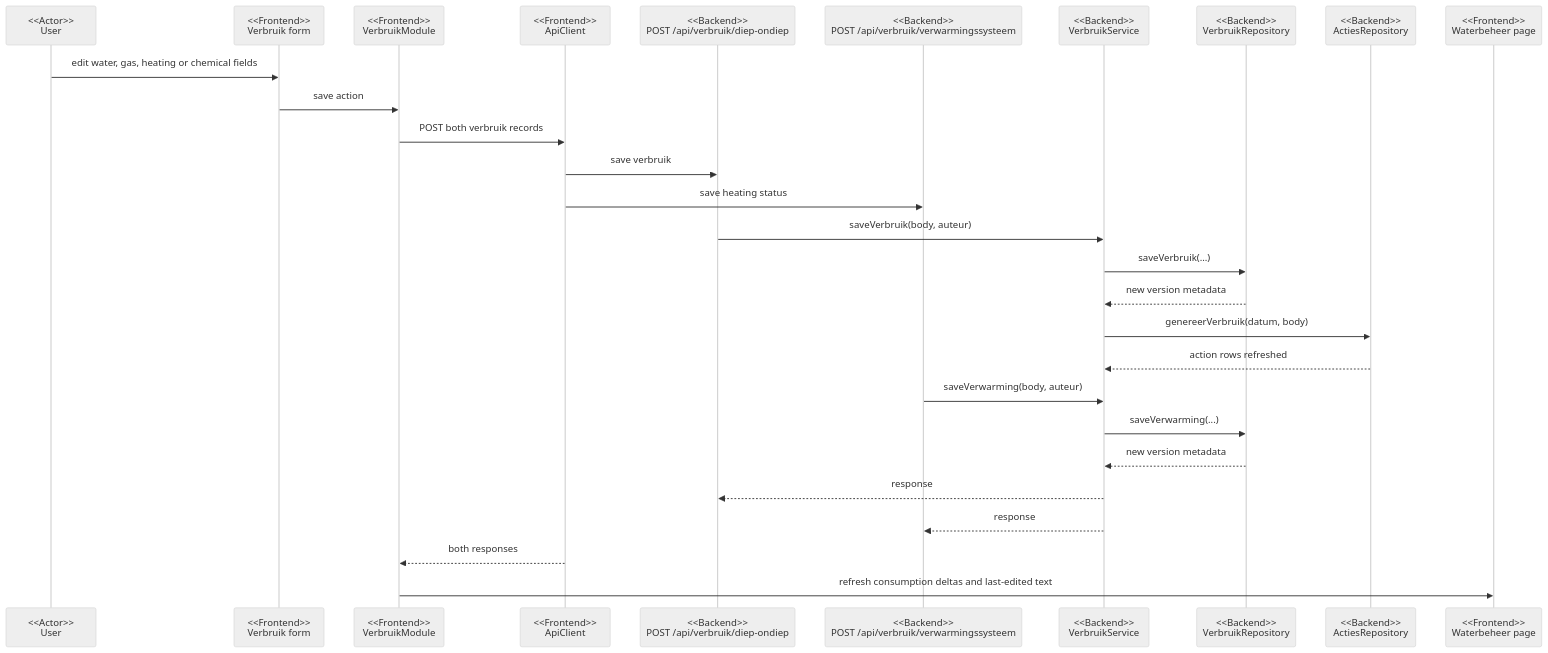
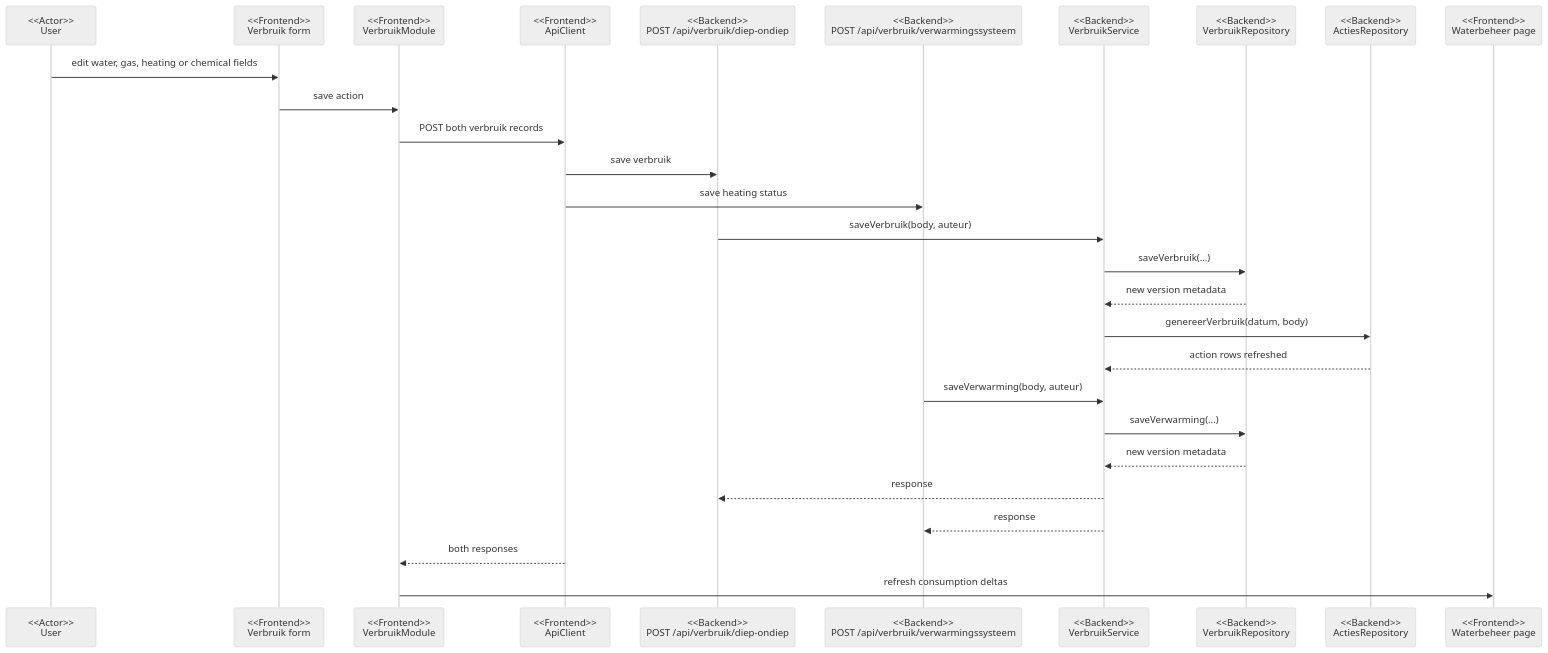
The fourth of 10 diagrams in docs/EDS.md (pjgheijmans/NewSiteWaterbeheerDeBercken), drawn with Mermaid (neutral theme) before and after one commit. The commit also changed other lines of this file and 1 other file, not shown here.

````diff
--- a/docs/EDS.md
+++ b/docs/EDS.md
@@ -676,31 +683,31 @@
 ```mermaid
 sequenceDiagram
     participant U as <<Actor>><br/>User
     participant F as <<Frontend>><br/>Verbruik form
     participant V as <<Frontend>><br/>VerbruikModule
     participant A as <<Frontend>><br/>ApiClient
     participant S1 as <<Backend>><br/>POST /api/verbruik/diep-ondiep
     participant S2 as <<Backend>><br/>POST /api/verbruik/verwarmingssysteem
     participant VS as <<Backend>><br/>VerbruikService
     participant VR as <<Backend>><br/>VerbruikRepository
     participant AR as <<Backend>><br/>ActiesRepository
     participant UI as <<Frontend>><br/>Waterbeheer page
 
     U->>F: edit water, gas, heating or chemical fields
     F->>V: save action
     V->>A: POST both verbruik records
     A->>S1: save verbruik
     A->>S2: save heating status
     S1->>VS: saveVerbruik(body, auteur)
     VS->>VR: saveVerbruik(...)
     VR-->>VS: new version metadata
     VS->>AR: genereerVerbruik(datum, body)
     AR-->>VS: action rows refreshed
     S2->>VS: saveVerwarming(body, auteur)
     VS->>VR: saveVerwarming(...)
     VR-->>VS: new version metadata
     VS-->>S1: response
     VS-->>S2: response
     A-->>V: both responses
-    V->>UI: refresh consumption deltas and last-edited text
+    V->>UI: refresh consumption deltas
 ```
````
